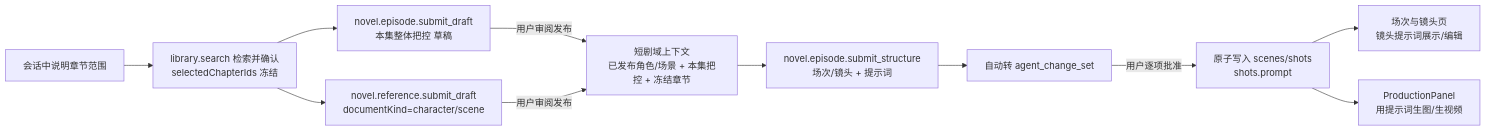
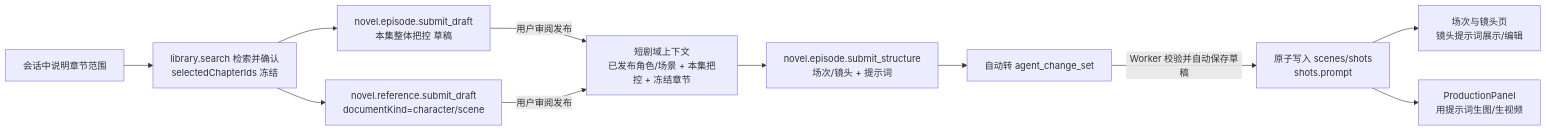
Before and after one commit to XlNGI/xlngaiforwindows: the diagram in docs/SHORT-DRAMA-EPISODE-GENERATION-PLAN.md, drawn with Mermaid. The commit also changed other lines of this file and 29 other files, not shown here.

````diff
--- a/docs/SHORT-DRAMA-EPISODE-GENERATION-PLAN.md
+++ b/docs/SHORT-DRAMA-EPISODE-GENERATION-PLAN.md
@@ -116,13 +118,13 @@
 ```mermaid
 flowchart LR
   A[会话中说明章节范围] --> B[library.search 检索并确认<br/>selectedChapterIds 冻结]
   B --> C[novel.episode.submit_draft<br/>本集整体把控 草稿]
   C -->|用户审阅发布| D[短剧域上下文<br/>已发布角色/场景 + 本集把控 + 冻结章节]
   D --> E[novel.episode.submit_structure<br/>场次/镜头 + 提示词]
   E --> F[自动转 agent_change_set]
-  F -->|用户逐项批准| G[原子写入 scenes/shots<br/>shots.prompt]
+  F -->|Worker 校验并自动保存草稿| G[原子写入 scenes/shots<br/>shots.prompt]
   B --> H[novel.reference.submit_draft<br/>documentKind=character/scene]
   H -->|用户审阅发布| D
   G --> I[场次与镜头页<br/>镜头提示词展示/编辑]
   G --> J[ProductionPanel<br/>用提示词生图/生视频]
 ```
````
